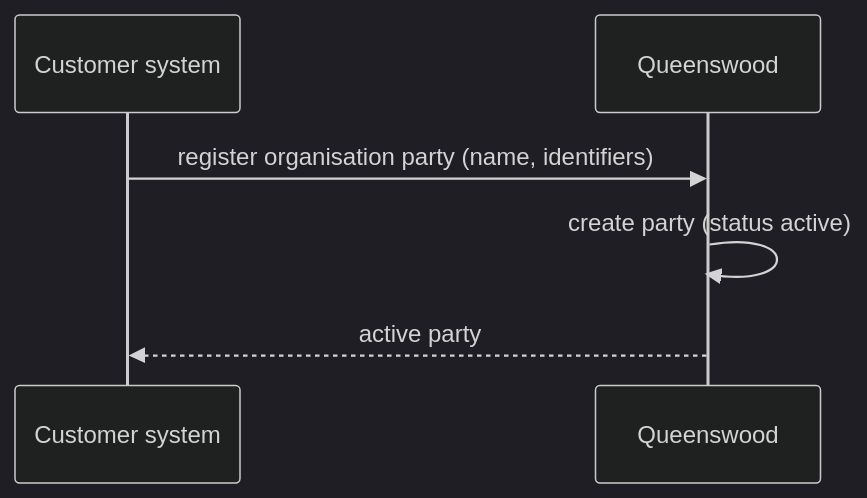
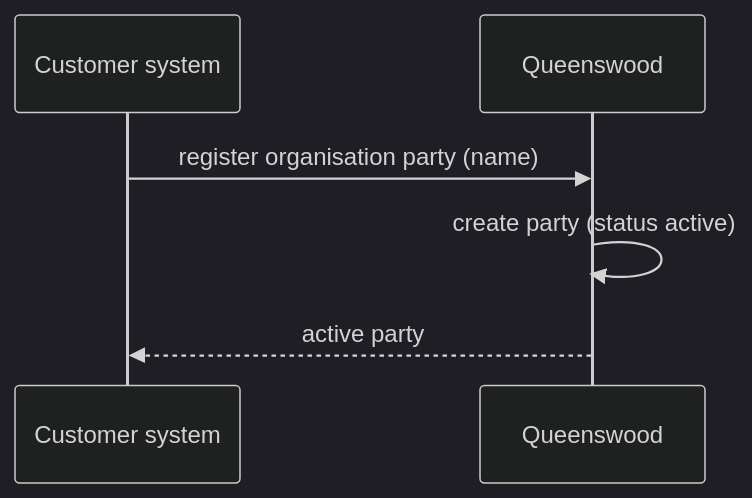
Before and after one commit to repldriven/queenswood: the second of 2 diagrams in docs/prd/parties.md, drawn with Mermaid (dark theme). The commit also changed other lines of this file and 187 other files, not shown here.

````diff
--- a/docs/prd/parties.md
+++ b/docs/prd/parties.md
@@ -237,9 +255,9 @@
 ```mermaid
 sequenceDiagram
     participant T as Customer system
     participant Q as Queenswood
 
-    T->>Q: register organisation party (name, identifiers)
+    T->>Q: register organisation party (name)
     Q->>Q: create party (status active)
     Q-->>T: active party
 ```
````
